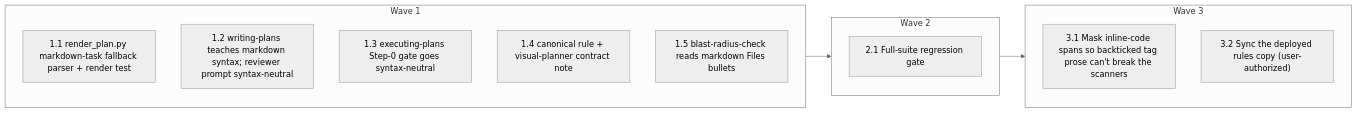
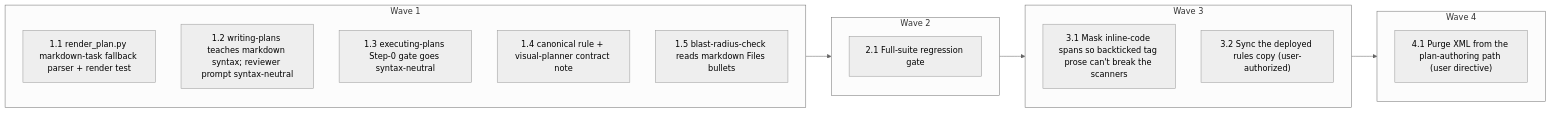
One commit to minhtran3124/agent-harness changed the diagram in specs/writing-plans-format-fix/PLAN.md. Above: the diagram before and after it, drawn with Mermaid (neutral theme). The commit also changed other lines of this file and 8 other files, not shown here.

First line of the commit message:
docs(plan-format): markdown is the only plan-authoring syntax; XML demoted to legacy read-only

````diff
--- a/specs/writing-plans-format-fix/PLAN.md
+++ b/specs/writing-plans-format-fix/PLAN.md
@@ -26,19 +27,23 @@
 ```mermaid
 flowchart LR
   subgraph W0[Wave 1]
     T1_1["1.1 render_plan.py markdown-task fallback parser + render test"]
     T1_2["1.2 writing-plans teaches markdown syntax; reviewer prompt syntax-neutral"]
     T1_3["1.3 executing-plans Step-0 gate goes syntax-neutral"]
     T1_4["1.4 canonical rule + visual-planner contract note"]
     T1_5["1.5 blast-radius-check reads markdown Files bullets"]
   end
   subgraph W1[Wave 2]
     T2_1["2.1 Full-suite regression gate"]
   end
   subgraph W2[Wave 3]
     T3_1["3.1 Mask inline-code spans so backticked tag prose can't break the scanners"]
     T3_2["3.2 Sync the deployed rules copy (user-authorized)"]
   end
+  subgraph W3[Wave 4]
+    T4_1["4.1 Purge XML from the plan-authoring path (user directive)"]
+  end
   W0 --> W1
   W1 --> W2
+  W2 --> W3
 ```
````
